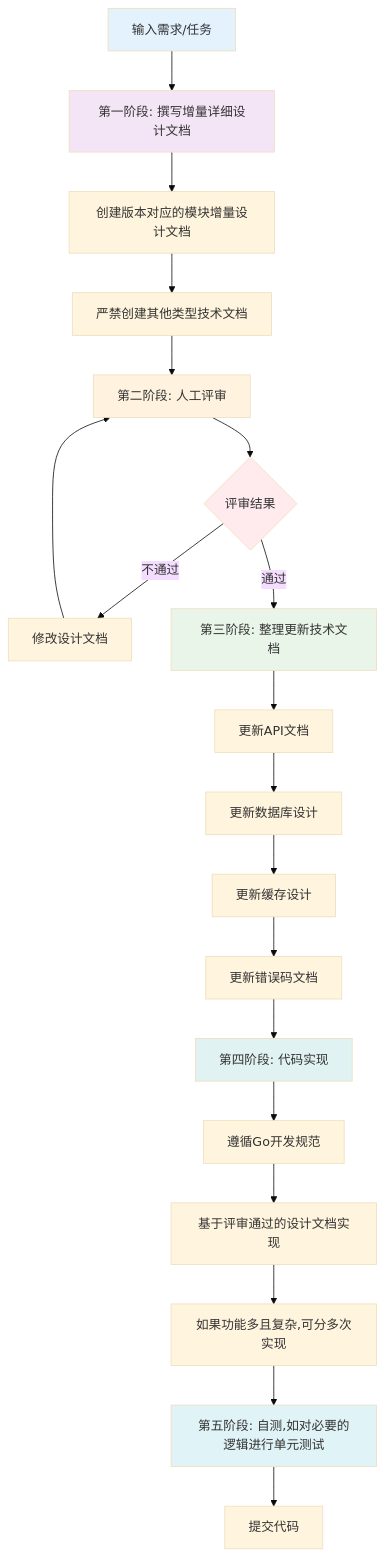
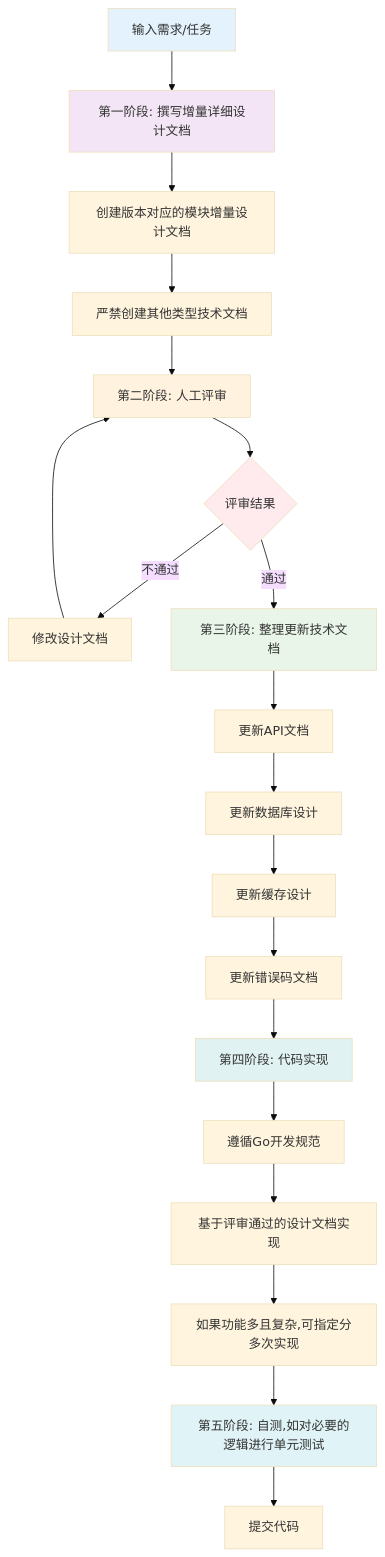
Before and after one commit to yingjianzh/iodraw-files: the diagram in all/未命名-2.md, drawn with Mermaid (base theme).

Commit message:
2025-10-23 14:21:46 update

````diff
--- a/all/未命名-2.md
+++ b/all/未命名-2.md
@@ -1,32 +1,32 @@
 ```mermaid
 
 flowchart TD
     A[输入需求/任务] --> B[第一阶段: 撰写增量详细设计文档]
     B --> C[创建版本对应的模块增量设计文档]
     C --> D[严禁创建其他类型技术文档]
     D --> E[第二阶段: 人工评审]
     E --> F{评审结果}
     F -->|不通过| G[修改设计文档]
     G --> E
     F -->|通过| H[第三阶段: 整理更新技术文档]
     H --> I[更新API文档]
     I --> J[更新数据库设计]
     J --> K[更新缓存设计]
     K --> L[更新错误码文档]
     L --> M[第四阶段: 代码实现]
     M --> N[遵循Go开发规范]
     N --> O[基于评审通过的设计文档实现]
-    O --> P[如果功能多且复杂,可分多次实现]
+    O --> P[如果功能多且复杂,可指定分多次实现]
     P --> R[第五阶段: 自测,如对必要的逻辑进行单元测试]
     R --> S[提交代码]
     
 
     style A fill:#e3f2fd
     style B fill:#f3e5f5
     style E fill:#fff3e0
     style F fill:#ffebee
     style H fill:#e8f5e8
     style M fill:#e0f2f1
     style R fill:#e0f3f6
 
 ```
````
